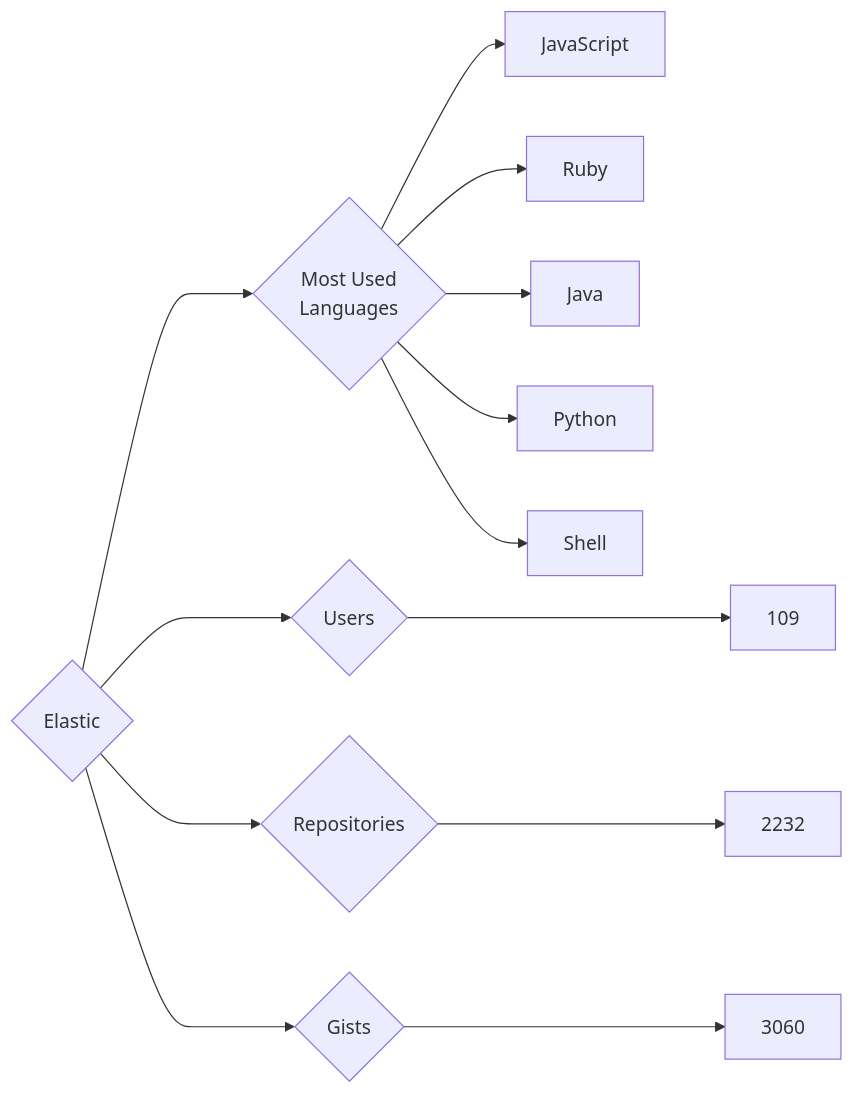
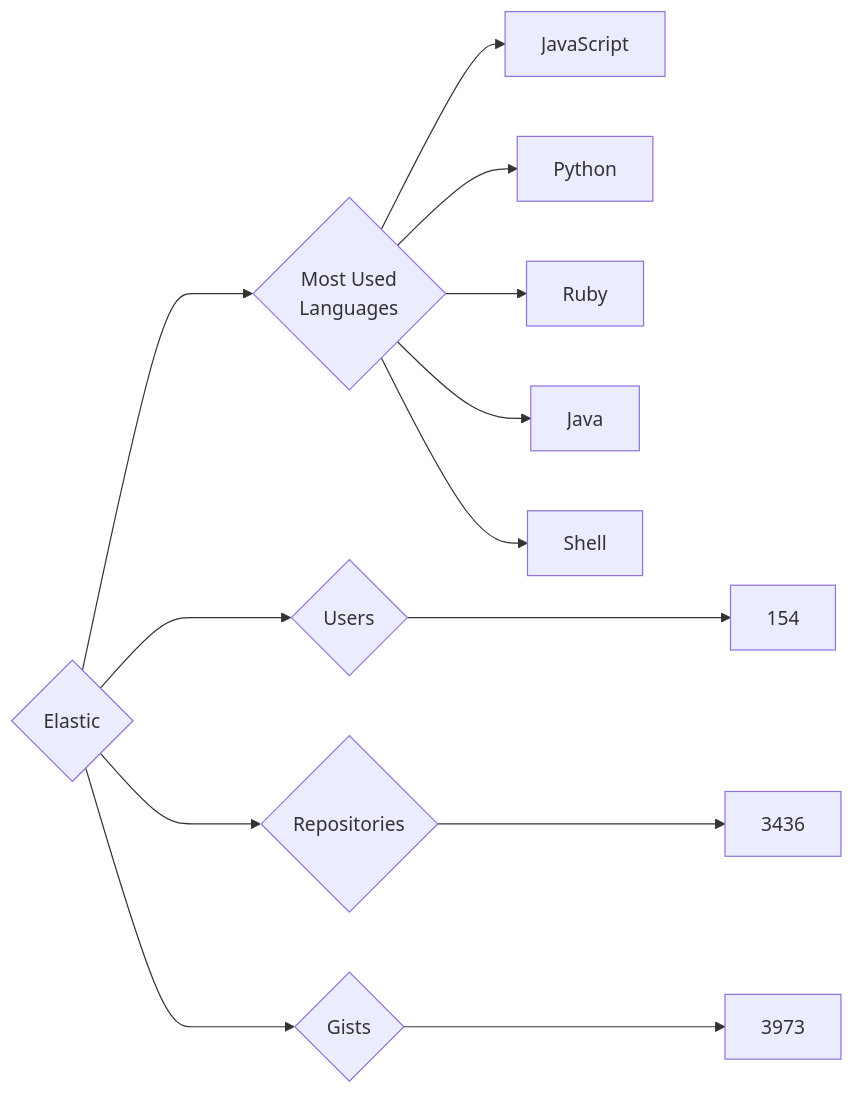
One commit to trickest/insiders changed the diagram in targets/Elastic/README.md. Above: the diagram before and after it, drawn with Mermaid. The commit also changed 681 other files, not shown here.

````diff
--- a/targets/Elastic/README.md
+++ b/targets/Elastic/README.md
@@ -3,13 +3,13 @@
 ```mermaid
 graph LR
 COMPANY_NAME{Elastic}
-COMPANY_NAME ---> U{Users} ---> UN[109]
-COMPANY_NAME ---> R{Repositories} ---> RN[2232]
-COMPANY_NAME ---> G{Gists} ---> GN[3060]
+COMPANY_NAME ---> U{Users} ---> UN[154]
+COMPANY_NAME ---> R{Repositories} ---> RN[3436]
+COMPANY_NAME ---> G{Gists} ---> GN[3973]
 COMPANY_NAME ---> ML{Most Used<br>Languages}
 ML --> JavaScript[JavaScript]
+ML --> Python[Python]
 ML --> Ruby[Ruby]
 ML --> Java[Java]
-ML --> Python[Python]
 ML --> Shell[Shell]
 ```
````
